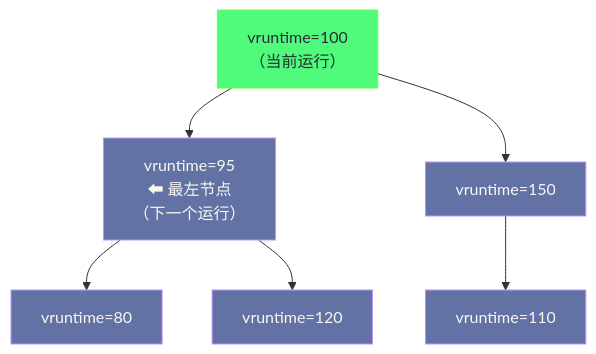
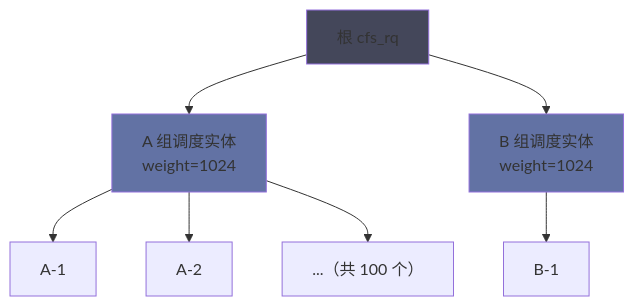
One commit to hpliStartAgain/my-brain changed the second of 3 diagrams in content/Linux/进程管理/08 CFS 完全公平调度器——从 O(1) 到红黑树的演进.md. Above: the diagram before and after it, drawn with Mermaid. The commit also changed other lines of this file and 47 other files, not shown here.

````diff
--- a/content/Linux/进程管理/08 CFS 完全公平调度器——从 O(1) 到红黑树的演进.md
+++ b/content/Linux/进程管理/08 CFS 完全公平调度器——从 O(1) 到红黑树的演进.md
@@ -222,20 +366,13 @@
 ```mermaid
 %%{init: {'theme': 'dracula'}}%%
 graph TD
-    classDef running fill:#50fa7b,stroke:#69ff47,color:#282a36
-    classDef normal fill:#6272a4,stroke:#bd93f9,color:#f8f8f2
-    classDef leaf fill:#44475a,stroke:#6272a4,color:#f8f8f2
-
-    R["vruntime=100<br/>（当前运行）"]:::running
-    N1["vruntime=120"]:::normal
-    N2["vruntime=95<br/>⬅ 最左节点<br/>（下一个运行）"]:::normal
-    N3["vruntime=150"]:::normal
-    N4["vruntime=80"]:::normal
-    N5["vruntime=110"]:::normal
-
-    R --> N2
-    R --> N3
-    N2 --> N4
-    N2 --> N1
-    N3 --> N5
+    R["根 cfs_rq"] --> GA["A 组调度实体<br/>weight=1024"]
+    R --> GB["B 组调度实体<br/>weight=1024"]
+    GA --> TA1["A-1"]
+    GA --> TA2["A-2"]
+    GA --> TA3["...（共 100 个）"]
+    GB --> TB1["B-1"]
+    style R fill:#44475a
+    style GA fill:#6272a4
+    style GB fill:#6272a4
 ```
````
